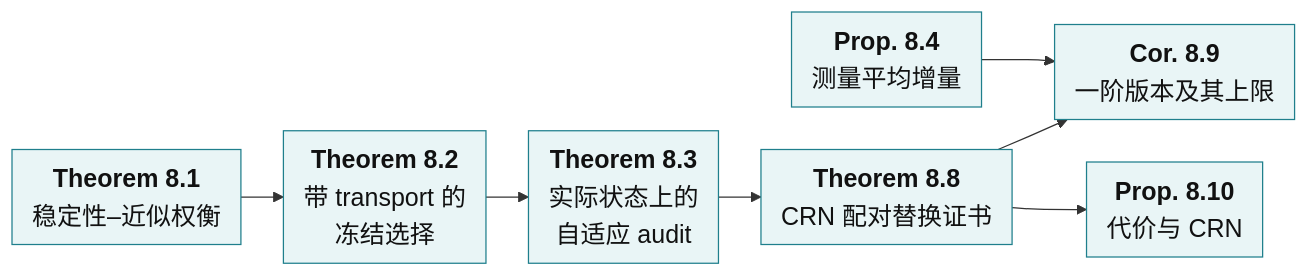
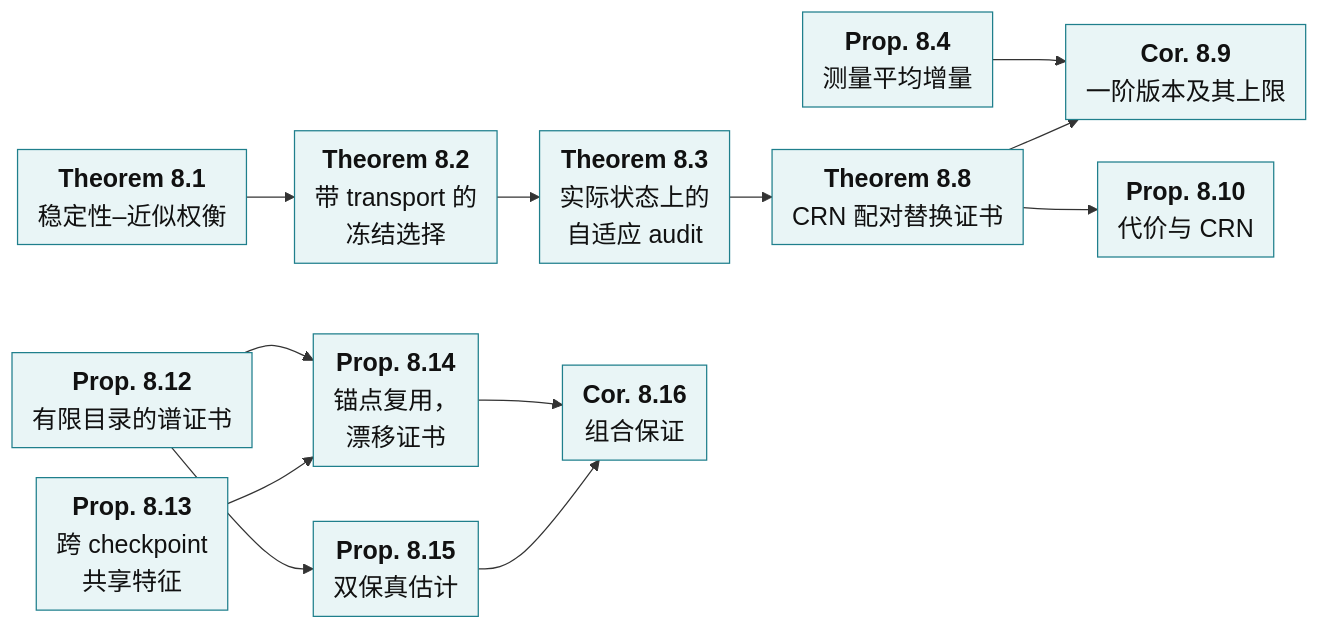
The eighth of 9 diagrams in theoretical_framework/README_ZH.md (XueqiC/ICML27_agent_distillation), drawn with Mermaid before and after one commit. The commit also changed other lines of this file and 222 other files, not shown here.

````diff
--- a/theoretical_framework/README_ZH.md
+++ b/theoretical_framework/README_ZH.md
@@ -591,18 +687,28 @@
 ```mermaid
 %%{init: {"themeVariables": {"fontSize": "20px"}, "flowchart": {"nodeSpacing": 24, "rankSpacing": 34, "padding": 8, "wrappingWidth": 260}}}%%
 flowchart LR
   T1["<b>Theorem 8.1</b><br/>稳定性–近似权衡"]:::b5
   T2["<b>Theorem 8.2</b><br/>带 transport 的<br/>冻结选择"]:::b5
   T3["<b>Theorem 8.3</b><br/>实际状态上的<br/>自适应 audit"]:::b5
   P4["<b>Prop. 8.4</b><br/>测量平均增量"]:::b5
   T8["<b>Theorem 8.8</b><br/>CRN 配对替换证书"]:::b5
   C9["<b>Cor. 8.9</b><br/>一阶版本及其上限"]:::b5
   P10["<b>Prop. 8.10</b><br/>代价与 CRN"]:::b5
   T1 --> T2
   T2 --> T3
   P4 --> C9
   T8 --> C9
   T8 --> P10
   T3 --> T8
+  P12["<b>Prop. 8.12</b><br/>有限目录的谱证书"]:::b5
+  P13["<b>Prop. 8.13</b><br/>跨 checkpoint<br/>共享特征"]:::b5
+  P14["<b>Prop. 8.14</b><br/>锚点复用，<br/>漂移证书"]:::b5
+  P15["<b>Prop. 8.15</b><br/>双保真估计"]:::b5
+  C16["<b>Cor. 8.16</b><br/>组合保证"]:::b5
+  P12 --> P14
+  P13 --> P14
+  P12 --> P15
+  P14 --> C16
+  P15 --> C16
   classDef b5 fill:#e9f5f6,stroke:#1f7f8c,color:#111
 ```
````
